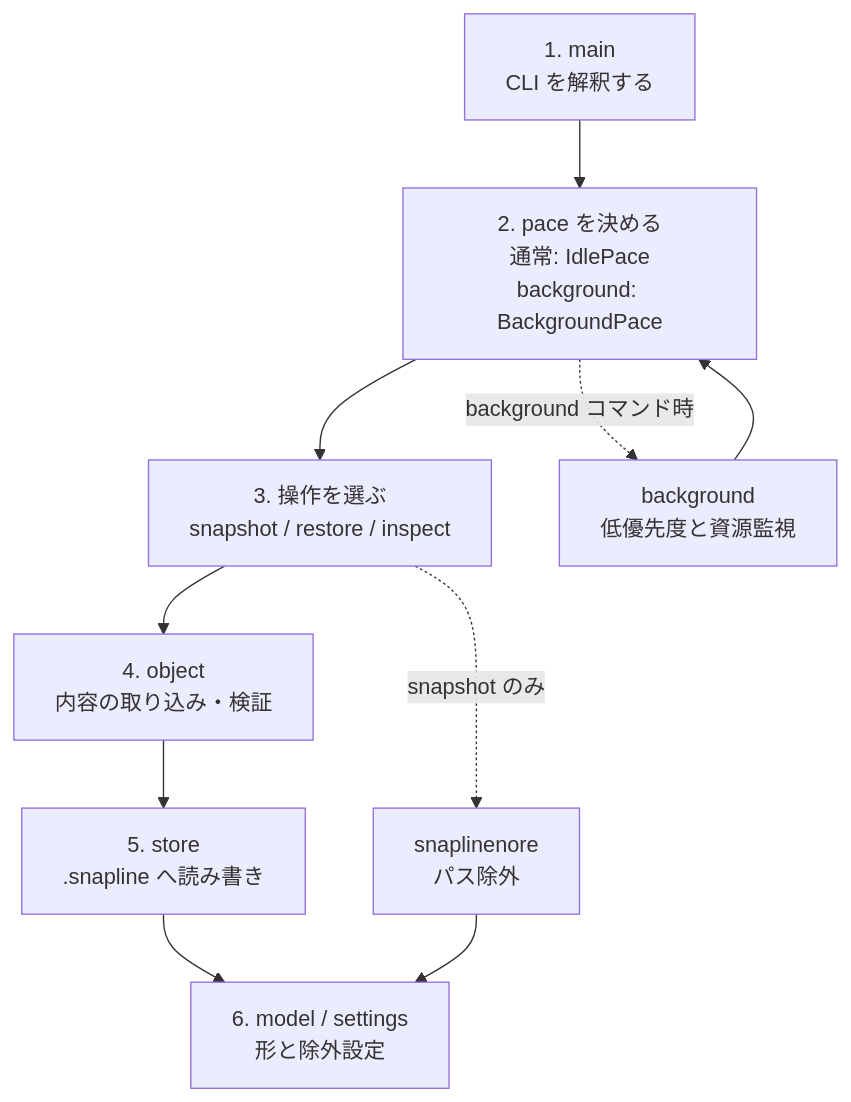
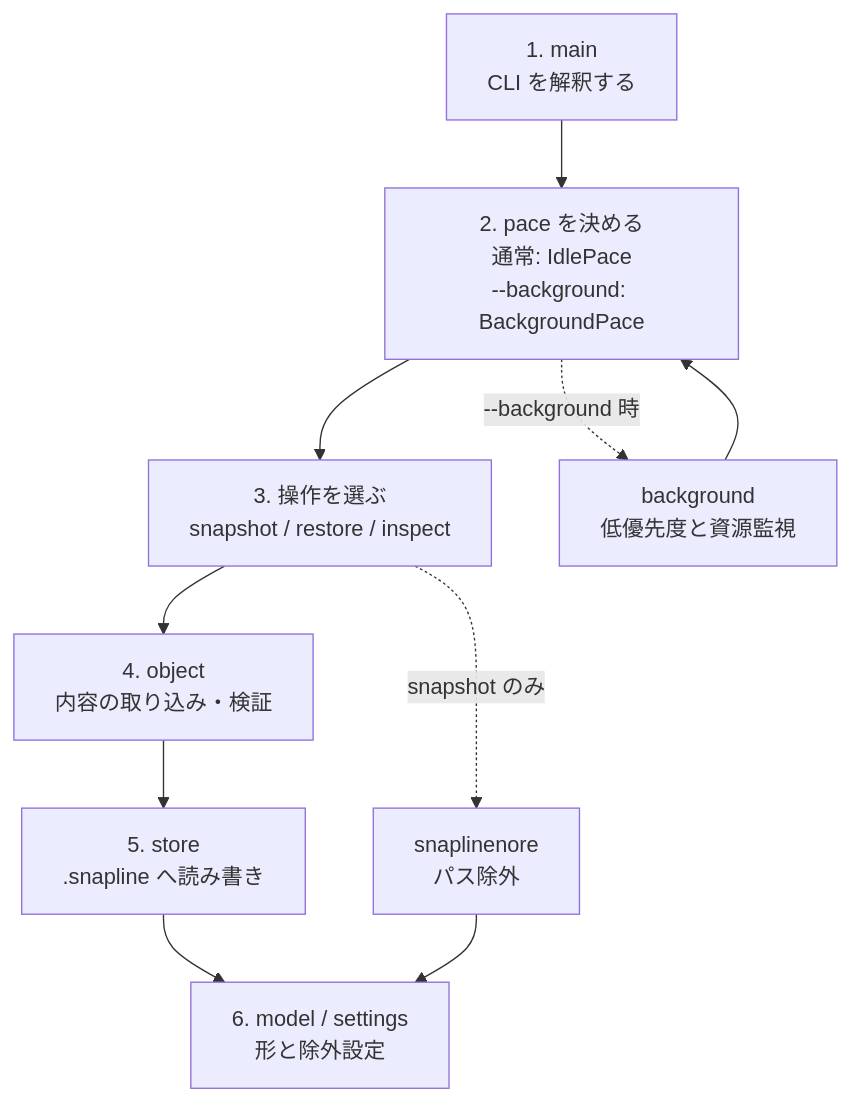
Before and after one commit to givecatcoin/tools: the diagram in snapline/docs/modules.md, drawn with Mermaid. The commit also changed other lines of this file and 7 other files, not shown here.

````diff
--- a/snapline/docs/modules.md
+++ b/snapline/docs/modules.md
@@ -8,19 +8,19 @@
 ```mermaid
 flowchart TB
   cli["1. main<br/>CLI を解釈する"]
-  pacePick["2. pace を決める<br/>通常: IdlePace<br/>background: BackgroundPace"]
+  pacePick["2. pace を決める<br/>通常: IdlePace<br/>--background: BackgroundPace"]
   op["3. 操作を選ぶ<br/>snapshot / restore / inspect"]
   object["4. object<br/>内容の取り込み・検証"]
   store["5. store<br/>.snapline へ読み書き"]
   data["6. model / settings<br/>形と除外設定"]
 
   cli --> pacePick --> op --> object --> store --> data
 
   snaplinenore["snaplinenore<br/>パス除外"]
   op -.->|snapshot のみ| snaplinenore
   snaplinenore --> data
 
   background["background<br/>低優先度と資源監視"]
-  pacePick -.->|background コマンド時| background
+  pacePick -.->|--background 時| background
   background --> pacePick
 ```
````
